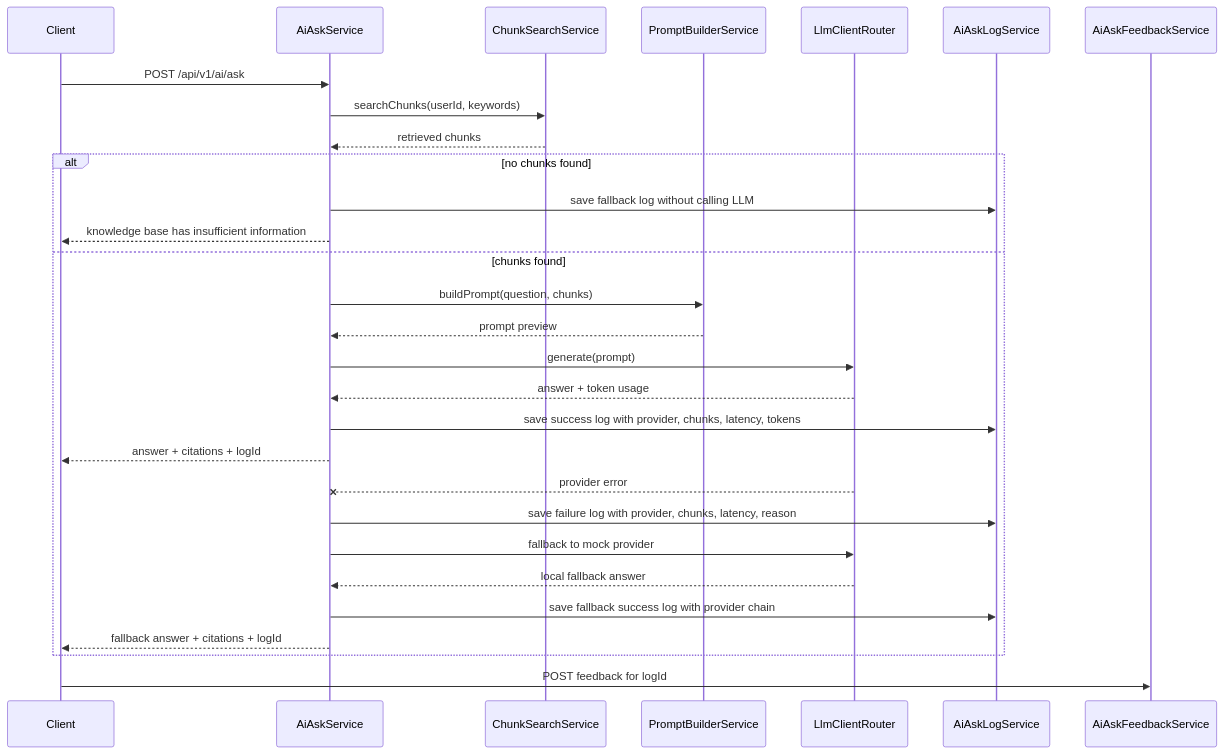
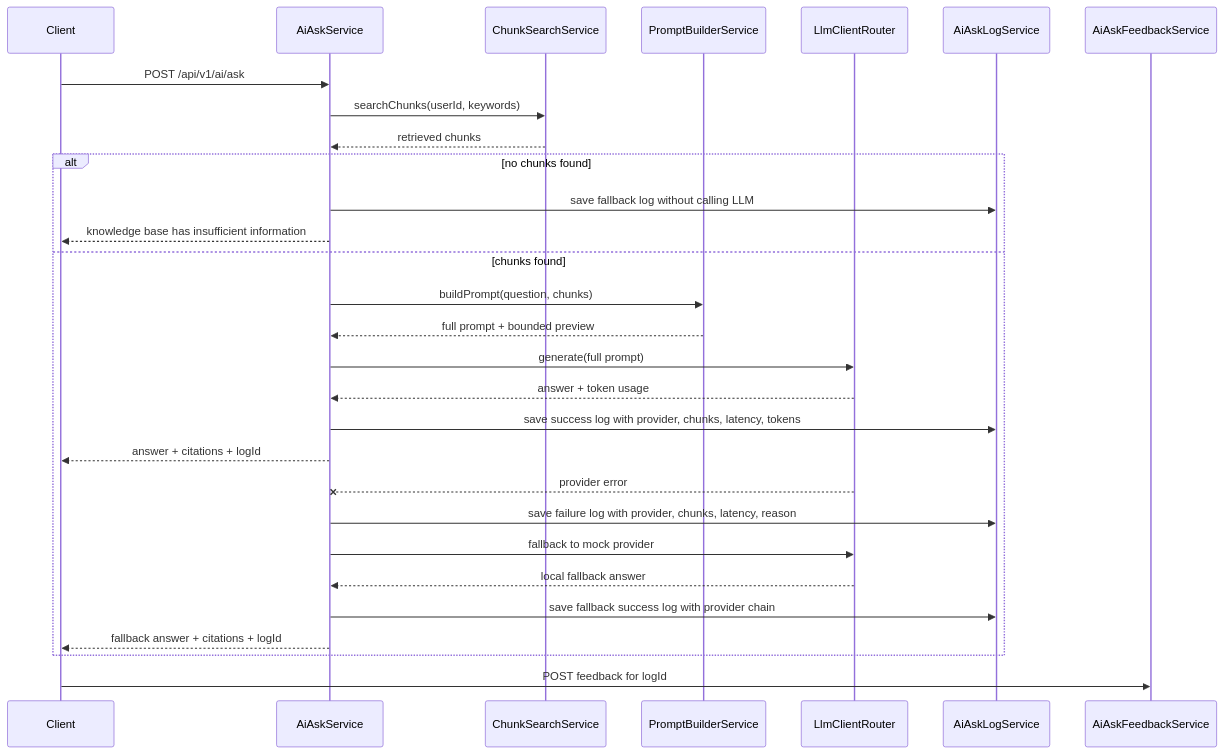
One commit to wwjorker/devmind changed the second of 2 diagrams in backend/README.md. Above: the diagram before and after it, drawn with Mermaid. The commit also changed other lines of this file and 12 other files, not shown here.

Commit message:
fix(ai): separate full prompt, preview and visible citations

````diff
--- a/backend/README.md
+++ b/backend/README.md
@@ -123,32 +123,32 @@
 ```mermaid
 sequenceDiagram
     participant Client
     participant AI as AiAskService
     participant Search as ChunkSearchService
     participant Prompt as PromptBuilderService
     participant LLM as LlmClientRouter
     participant Log as AiAskLogService
     participant Feedback as AiAskFeedbackService
 
     Client->>AI: POST /api/v1/ai/ask
     AI->>Search: searchChunks(userId, keywords)
     Search-->>AI: retrieved chunks
     alt no chunks found
         AI->>Log: save fallback log without calling LLM
         AI-->>Client: knowledge base has insufficient information
     else chunks found
     AI->>Prompt: buildPrompt(question, chunks)
-    Prompt-->>AI: prompt preview
-    AI->>LLM: generate(prompt)
+    Prompt-->>AI: full prompt + bounded preview
+    AI->>LLM: generate(full prompt)
     LLM-->>AI: answer + token usage
     AI->>Log: save success log with provider, chunks, latency, tokens
     AI-->>Client: answer + citations + logId
     LLM--xAI: provider error
     AI->>Log: save failure log with provider, chunks, latency, reason
     AI->>LLM: fallback to mock provider
     LLM-->>AI: local fallback answer
     AI->>Log: save fallback success log with provider chain
     AI-->>Client: fallback answer + citations + logId
     end
     Client->>Feedback: POST feedback for logId
 ```
````
